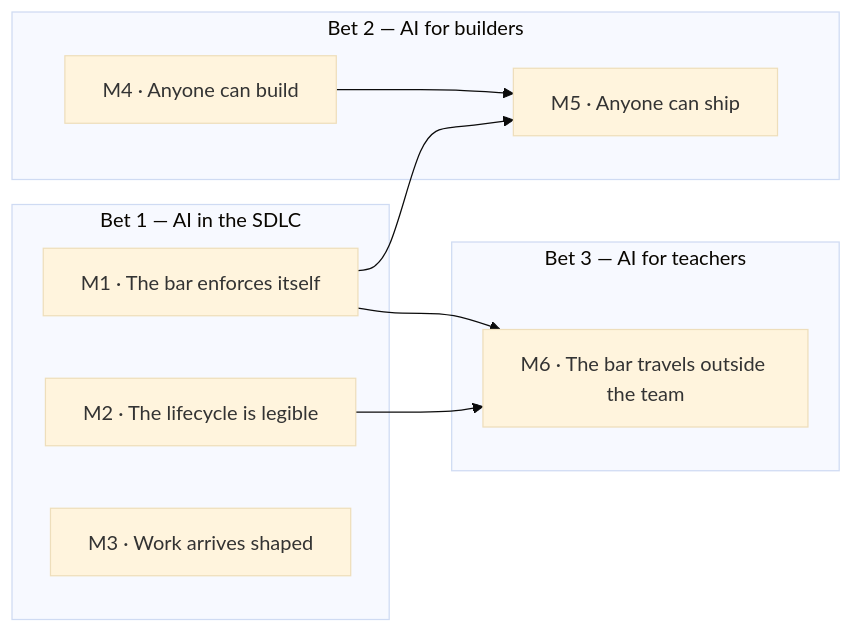
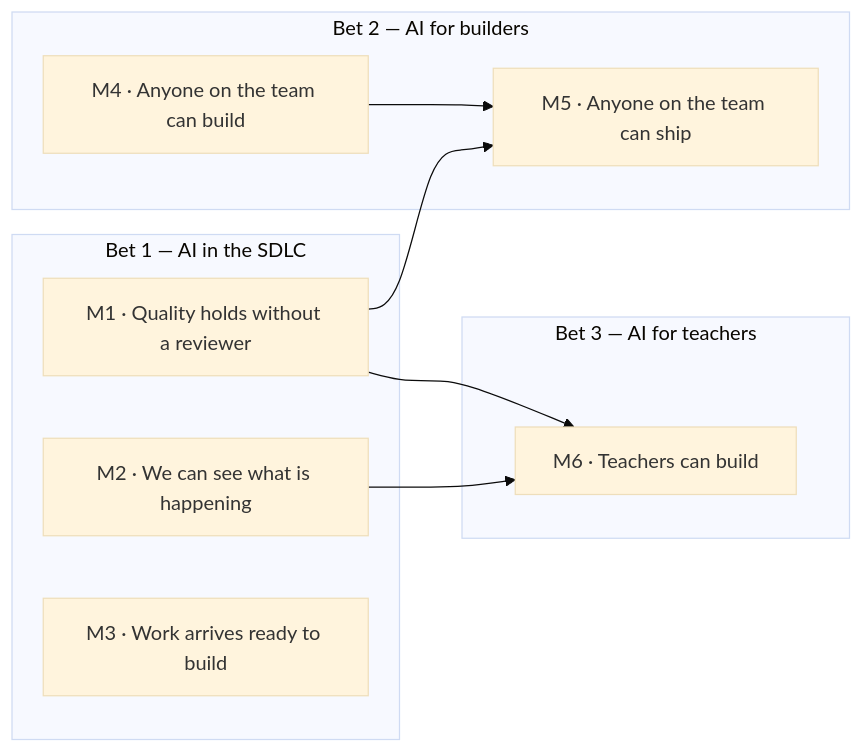
One commit to transformteamsg/dx-harness changed the diagram in docs/ROADMAP-DRAFT.md. Above: the diagram before and after it, drawn with Mermaid (base theme). The commit also changed other lines of this file, not shown here.

Commit message:
docs(roadmap): rename the milestones to plain outcome sentences
Three of the six needed vocabulary a reader would not have: 'the bar',
'legible', and 'shaped' all assume you already know the harness. M4 and M5
worked precisely because they were plain sentences about who can do what, so
the other four now match that register.

'Anyone on the team can build/ship' against 'Teachers can build' also carries
the inside-versus-outside-the-team distinction that is the actual step between
bet 2 and bet 3 — the old 'the bar travels outside the team' buried it in a
metaphor.

M6's description now mentions reaching real use, since naming the milestone
after building alone left it disagreeing with its own landed-when condition.

````diff
--- a/docs/ROADMAP-DRAFT.md
+++ b/docs/ROADMAP-DRAFT.md
@@ -15,22 +15,22 @@
 ```mermaid
 flowchart LR
     subgraph BET1["Bet 1 — AI in the SDLC"]
-        M1["M1 · The bar enforces itself"]
-        M2["M2 · The lifecycle is legible"]
-        M3["M3 · Work arrives shaped"]
+        M1["M1 · Quality holds without a reviewer"]
+        M2["M2 · We can see what is happening"]
+        M3["M3 · Work arrives ready to build"]
     end
 
     subgraph BET2["Bet 2 — AI for builders"]
-        M4["M4 · Anyone can build"]
-        M5["M5 · Anyone can ship"]
+        M4["M4 · Anyone on the team can build"]
+        M5["M5 · Anyone on the team can ship"]
     end
 
     subgraph BET3["Bet 3 — AI for teachers"]
-        M6["M6 · The bar travels outside the team"]
+        M6["M6 · Teachers can build"]
     end
 
     M1 --> M5
     M4 --> M5
     M1 --> M6
     M2 --> M6
 ```
````
